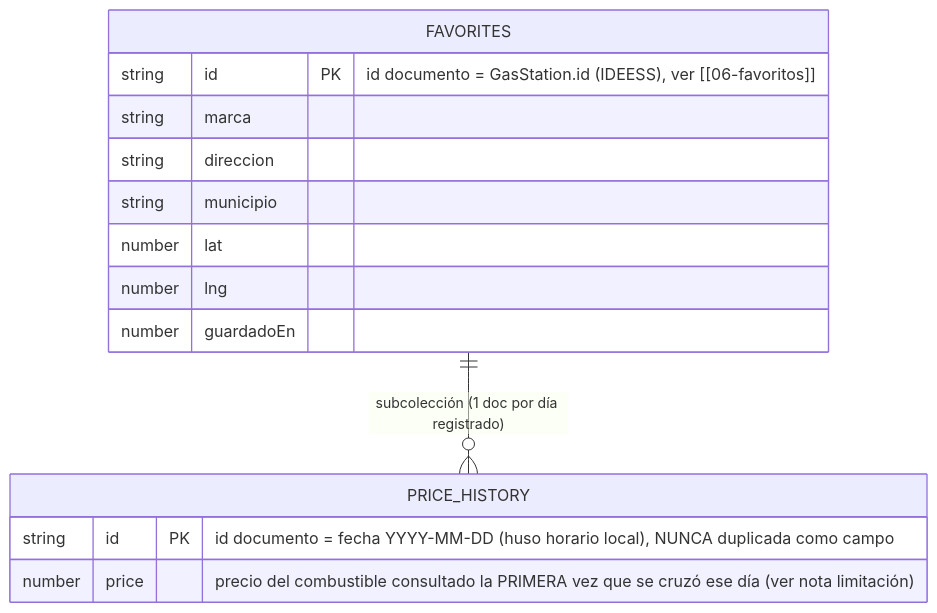
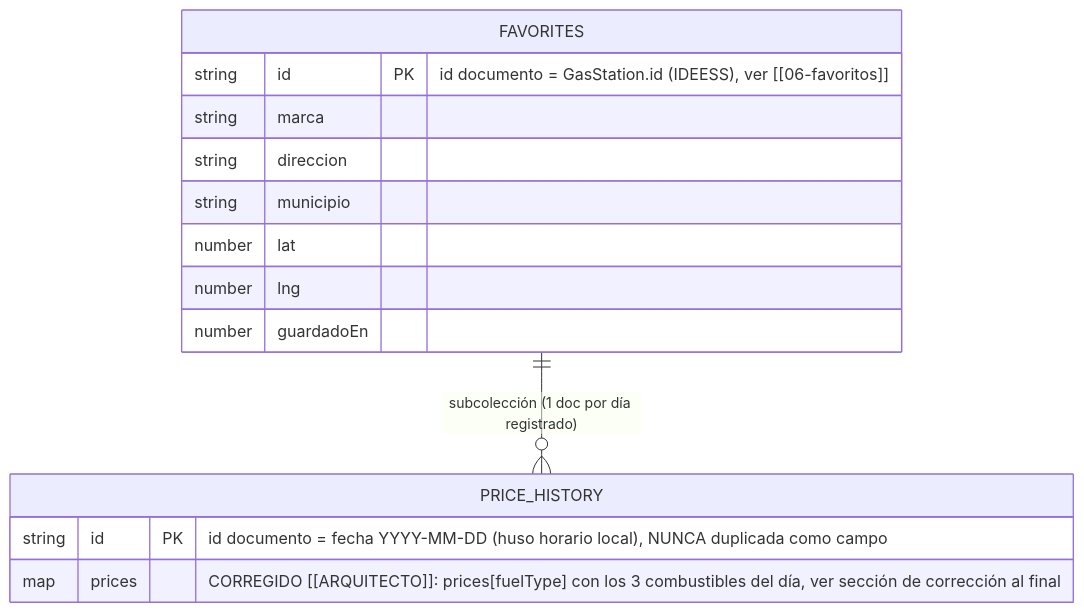
The first of 5 diagrams in docs/features/07-monitorizacion-historica.md (CarlosGarciaArenal/cheeky-oil), drawn with Mermaid before and after one commit. The commit also changed other lines of this file and 5 other files, not shown here.

````diff
--- a/docs/features/07-monitorizacion-historica.md
+++ b/docs/features/07-monitorizacion-historica.md
@@ -19,19 +19,19 @@
 ```mermaid
 erDiagram
     FAVORITES ||--o{ PRICE_HISTORY : "subcolección (1 doc por día registrado)"
 
     FAVORITES {
         string id PK "id documento = GasStation.id (IDEESS), ver [[06-favoritos]]"
         string marca
         string direccion
         string municipio
         number lat
         number lng
         number guardadoEn
     }
 
     PRICE_HISTORY {
         string id PK "id documento = fecha YYYY-MM-DD (huso horario local), NUNCA duplicada como campo"
-        number price "precio del combustible consultado la PRIMERA vez que se cruzó ese día (ver nota limitación)"
+        map prices "CORREGIDO [[ARQUITECTO]]: prices[fuelType] con los 3 combustibles del día, ver sección de corrección al final"
     }
 ```
````
